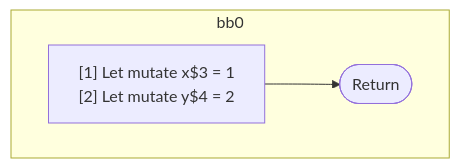
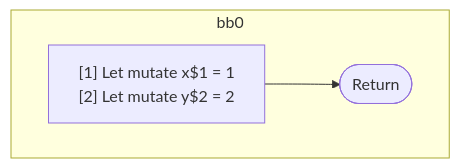
One commit to wutsmog/private changed the diagram in compiler/forget/src/__tests__/fixtures/hir/ssa-simple.expect.md. Above: the diagram before and after it, drawn with Mermaid. The commit also changed other lines of this file and 57 other files, not shown here.

````diff
--- a/compiler/forget/src/__tests__/fixtures/hir/ssa-simple.expect.md
+++ b/compiler/forget/src/__tests__/fixtures/hir/ssa-simple.expect.md
@@ -23,14 +23,14 @@
 ```mermaid
 flowchart TB
   %% Basic Blocks
   subgraph bb0
     bb0_instrs["
-      [1] Let mutate x$3 = 1
-      [2] Let mutate y$4 = 2
+      [1] Let mutate x$1 = 1
+      [2] Let mutate y$2 = 2
     "]
     bb0_instrs --> bb0_terminal(["Return"])
   end
 
   %% Jumps
   %% empty
 ```
````
